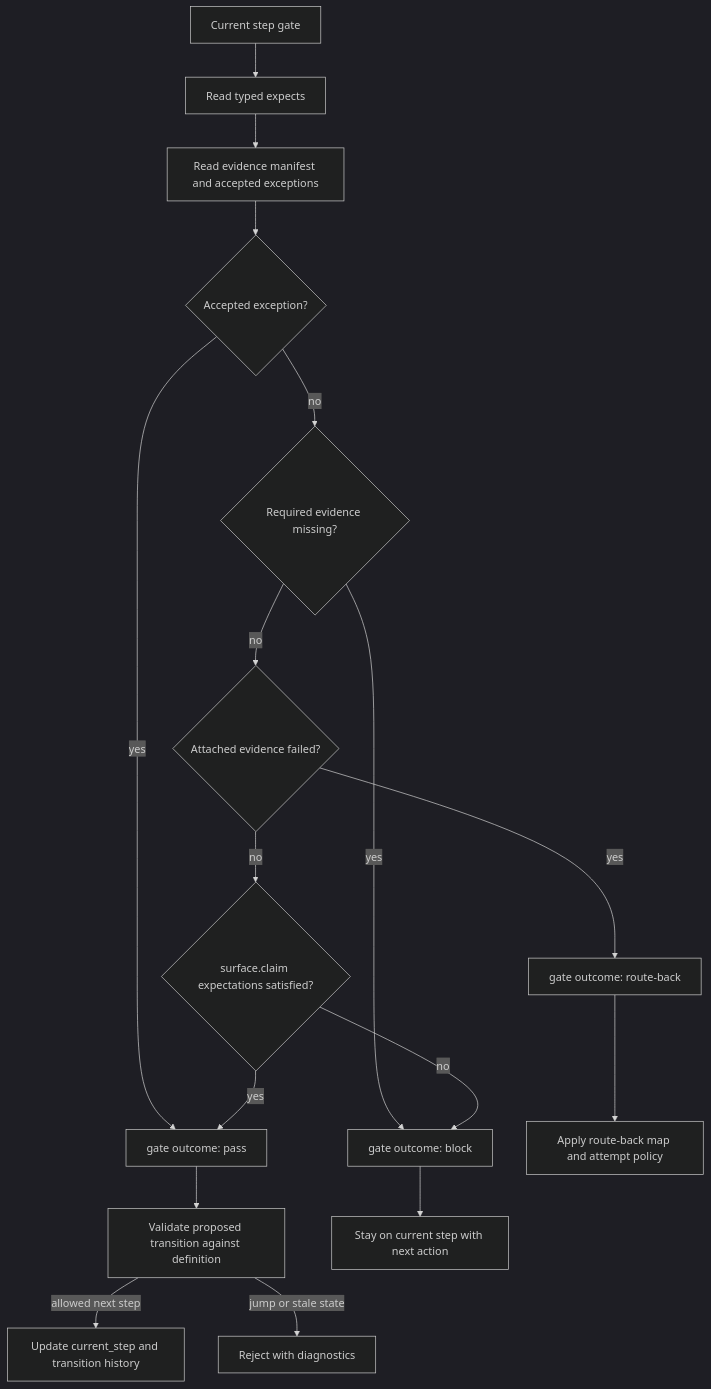
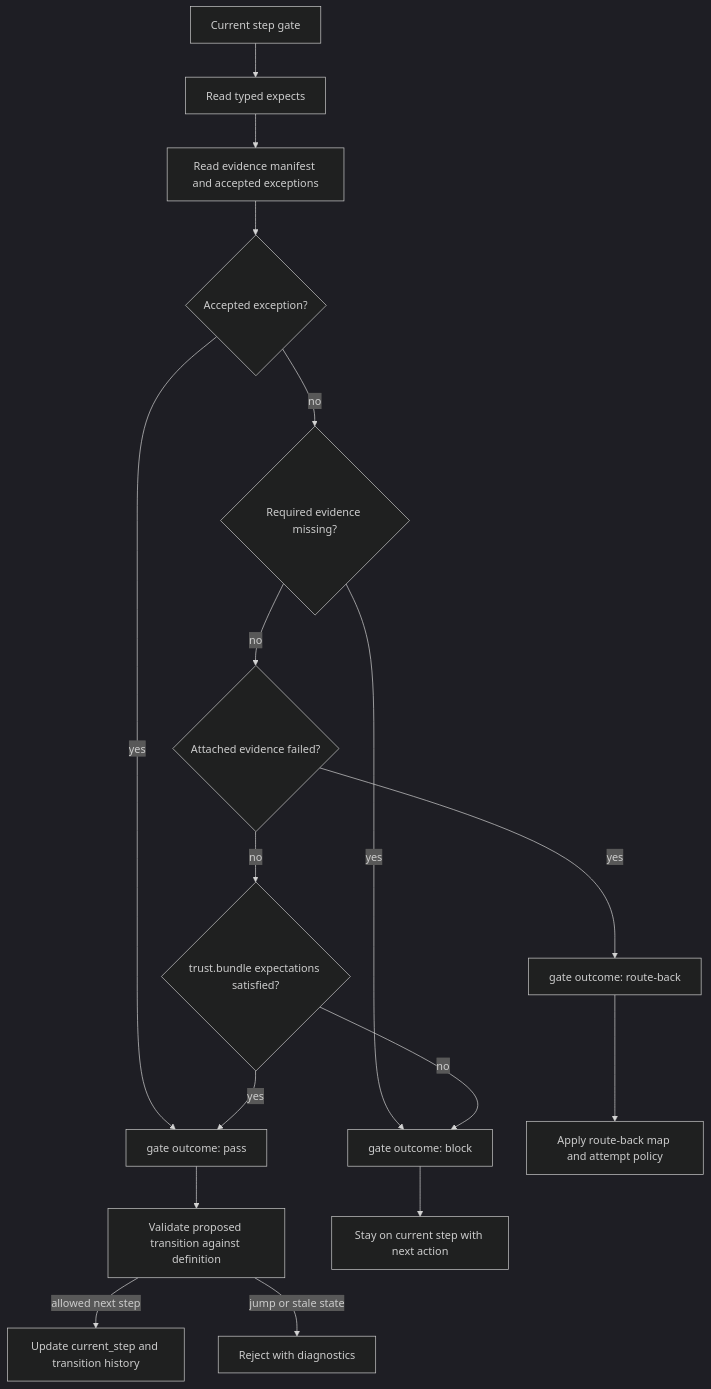
The second of 7 diagrams in docs/developer-architecture.md (kontourai/flow), drawn with Mermaid (dark theme) before and after one commit. The commit also changed other lines of this file and 17 other files, not shown here.

````diff
--- a/docs/developer-architecture.md
+++ b/docs/developer-architecture.md
@@ -50,19 +50,19 @@
 ```mermaid
 flowchart TD
   Gate["Current step gate"] --> Expectations["Read typed expects"]
   Expectations --> Evidence["Read evidence manifest and accepted exceptions"]
   Evidence --> Exception{"Accepted exception?"}
   Exception -->|yes| Pass["gate outcome: pass"]
   Exception -->|no| Missing{"Required evidence missing?"}
   Missing -->|yes| Block["gate outcome: block"]
   Missing -->|no| Failed{"Attached evidence failed?"}
   Failed -->|yes| RouteBack["gate outcome: route-back"]
-  Failed -->|no| Claims{"surface.claim expectations satisfied?"}
+  Failed -->|no| Claims{"trust.bundle expectations satisfied?"}
   Claims -->|no| Block
   Claims -->|yes| Pass
   Pass --> Transition["Validate proposed transition against definition"]
   Block --> Stay["Stay on current step with next action"]
   RouteBack --> RoutePolicy["Apply route-back map and attempt policy"]
   Transition -->|allowed next step| Advance["Update current_step and transition history"]
   Transition -->|jump or stale state| Reject["Reject with diagnostics"]
 ```
````
